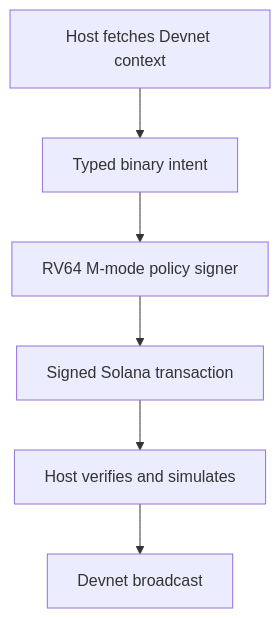
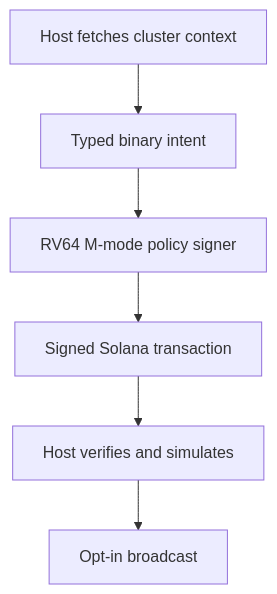
The third of 3 diagrams in docs/ARCHITECTURE.md (Quantized-OS/qOS), drawn with Mermaid before and after one commit. The commit also changed other lines of this file and 23 other files, not shown here.

````diff
--- a/docs/ARCHITECTURE.md
+++ b/docs/ARCHITECTURE.md
@@ -115,8 +121,8 @@
 ```mermaid
 flowchart TD
-    A[Host fetches Devnet context] --> B[Typed binary intent]
+    A[Host fetches cluster context] --> B[Typed binary intent]
     B --> C[RV64 M-mode policy signer]
     C --> D[Signed Solana transaction]
     D --> E[Host verifies and simulates]
-    E --> F[Devnet broadcast]
+    E --> F[Opt-in broadcast]
 ```
````
